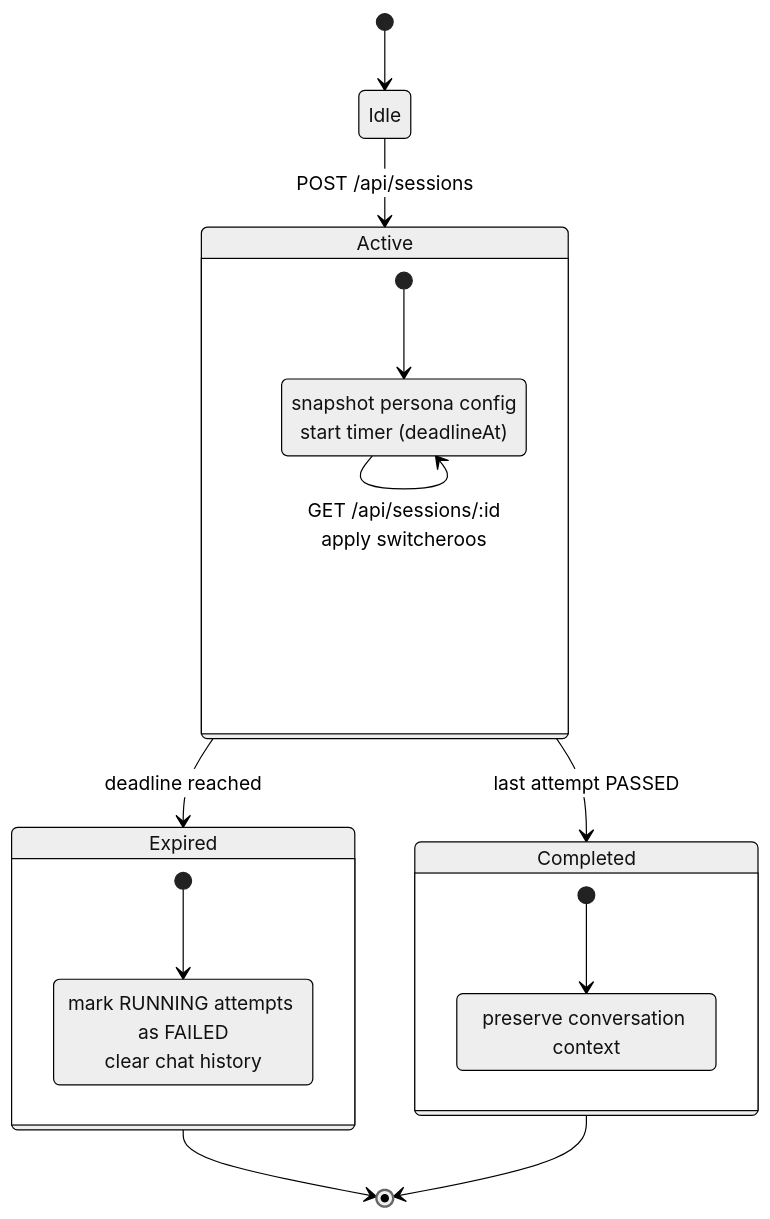
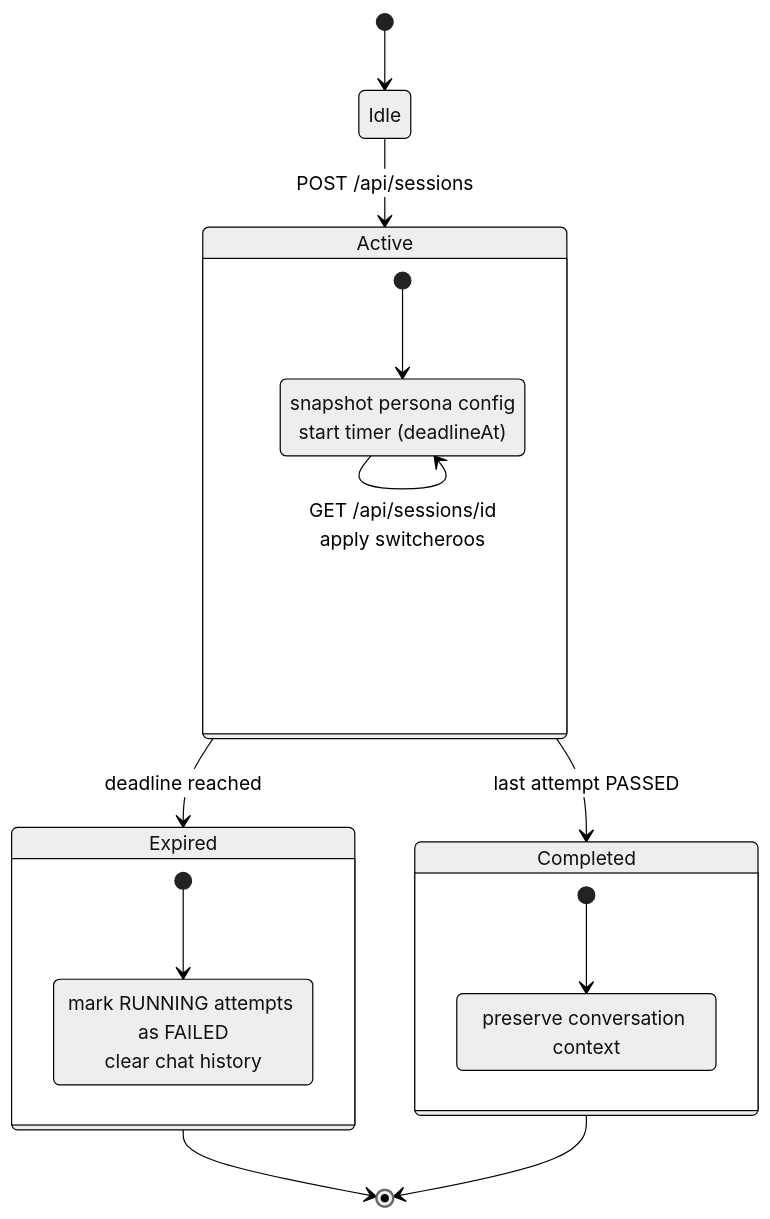
One commit to 0isoft/toxicpair changed the fifth of 6 diagrams in README.md. Above: the diagram before and after it, drawn with Mermaid (neutral theme). The commit also changed other lines of this file, not shown here.

````diff
--- a/README.md
+++ b/README.md
@@ -226,28 +226,28 @@
 ```mermaid
 stateDiagram-v2
   [*] --> Idle
 
   Idle --> Active: POST /api/sessions
 
   state Active {
     [*] --> Running
     Running: snapshot persona config<br/>start timer (deadlineAt)
-    Running --> Running: GET /api/sessions/:id<br/>apply switcheroos
+    Running --> Running: GET /api/sessions/id<br/>apply switcheroos
   }
 
   Active --> Expired: deadline reached
   Active --> Completed: last attempt PASSED
 
   state Expired {
     [*] --> Cleanup
     Cleanup: mark RUNNING attempts as FAILED<br/>clear chat history
   }
 
   state Completed {
     [*] --> Preserved
     Preserved: preserve conversation context
   }
 
   Expired --> [*]
   Completed --> [*]
 ```
````
